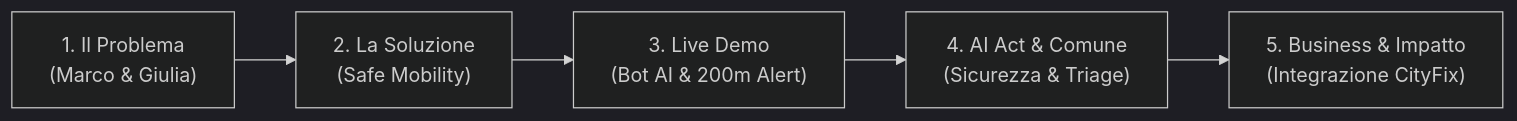
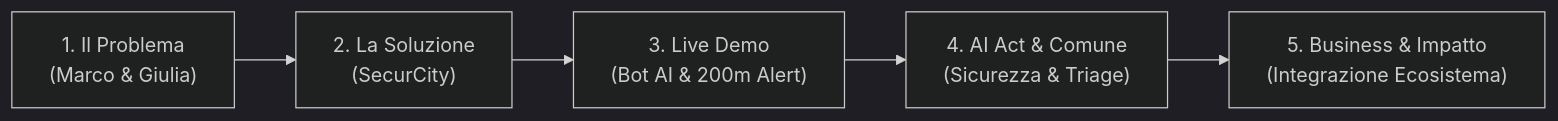
One commit to davide21-dev/securcity changed the diagram in PITCH.md. Above: the diagram before and after it, drawn with Mermaid (dark theme). The commit also changed other lines of this file and 5 other files, not shown here.

Commit message:
feat: complete branding rename to SecurCity, update demo credentials and Galatina seed coordinates

````diff
--- a/PITCH.md
+++ b/PITCH.md
@@ -10,7 +10,7 @@
 ```mermaid
 flowchart LR
-    A["1. Il Problema<br>(Marco & Giulia)"] --> B["2. La Soluzione<br>(Safe Mobility)"]
+    A["1. Il Problema<br>(Marco & Giulia)"] --> B["2. La Soluzione<br>(SecurCity)"]
     B --> C["3. Live Demo<br>(Bot AI & 200m Alert)"]
     C --> D["4. AI Act & Comune<br>(Sicurezza & Triage)"]
-    D --> E["5. Business & Impatto<br>(Integrazione CityFix)"]
+    D --> E["5. Business & Impatto<br>(Integrazione Ecosistema)"]
 ```
````
